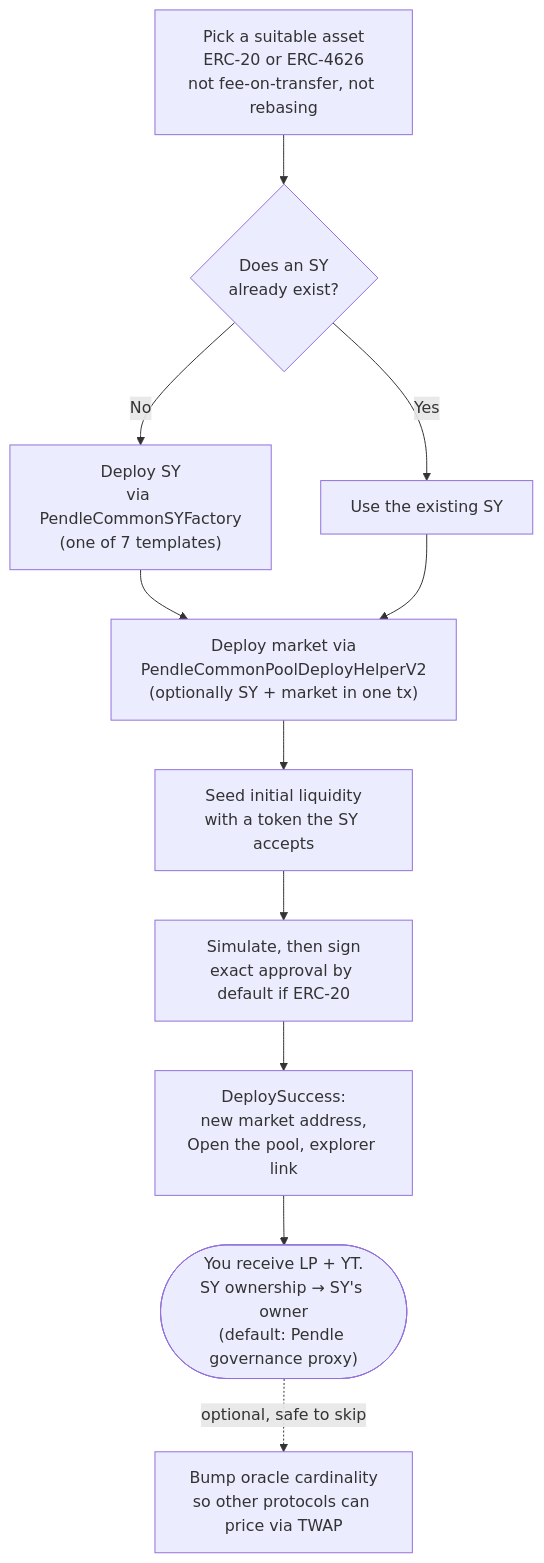
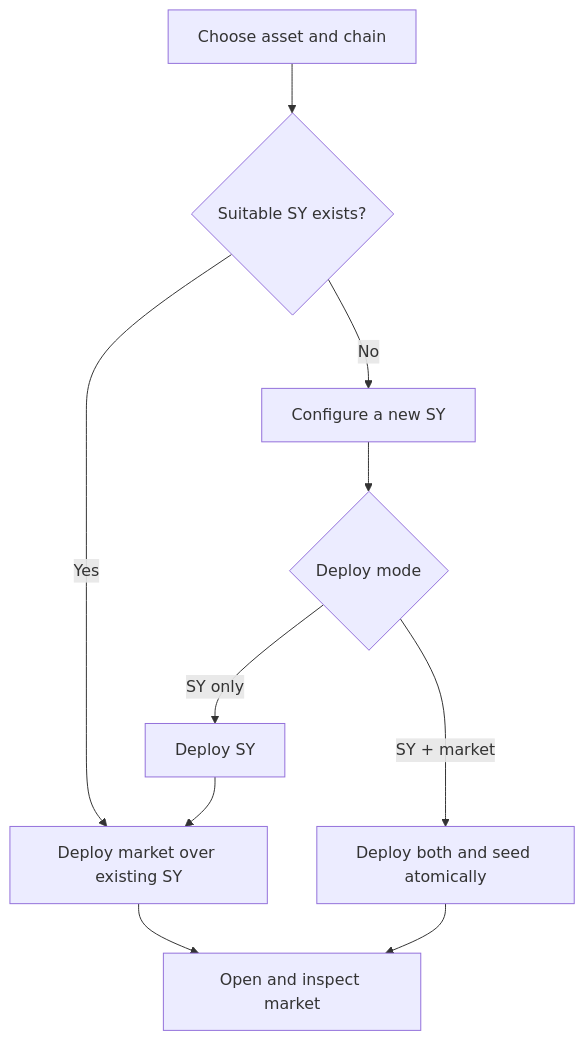
The diagram in docs-site/create/overview.md (ggmatch-mod/open-pendle), drawn with Mermaid before and after one commit. The commit also changed other lines of this file and 74 other files, not shown here.

````diff
--- a/docs-site/create/overview.md
+++ b/docs-site/create/overview.md
@@ -58,13 +34,12 @@
 ```mermaid
 flowchart TD
-  A[Pick a suitable asset<br/>ERC-20 or ERC-4626<br/>not fee-on-transfer, not rebasing] --> B{Does an SY<br/>already exist?}
-  B -->|No| C["Deploy SY<br/>via PendleCommonSYFactory<br/>(one of 7 templates)"]
-  B -->|Yes| D[Use the existing SY]
-  C --> E["Deploy market via<br/>PendleCommonPoolDeployHelperV2<br/>(optionally SY + market in one tx)"]
-  D --> E
-  E --> F[Seed initial liquidity<br/>with a token the SY accepts]
-  F --> G[Simulate, then sign<br/>exact approval by default if ERC-20]
-  G --> H["DeploySuccess:<br/>new market address,<br/>Open the pool, explorer link"]
-  H --> I(["You receive LP + YT.<br/>SY ownership → SY's owner<br/>(default: Pendle governance proxy)"])
-  I -.->|optional, safe to skip| J[Bump oracle cardinality<br/>so other protocols can price via TWAP]
+  A[Choose asset and chain] --> B{Suitable SY exists?}
+  B -->|Yes| C[Deploy market over existing SY]
+  B -->|No| D[Configure a new SY]
+  D --> E{Deploy mode}
+  E -->|SY only| F[Deploy SY]
+  E -->|SY + market| G[Deploy both and seed atomically]
+  F --> C
+  C --> H[Open and inspect market]
+  G --> H
 ```
````
